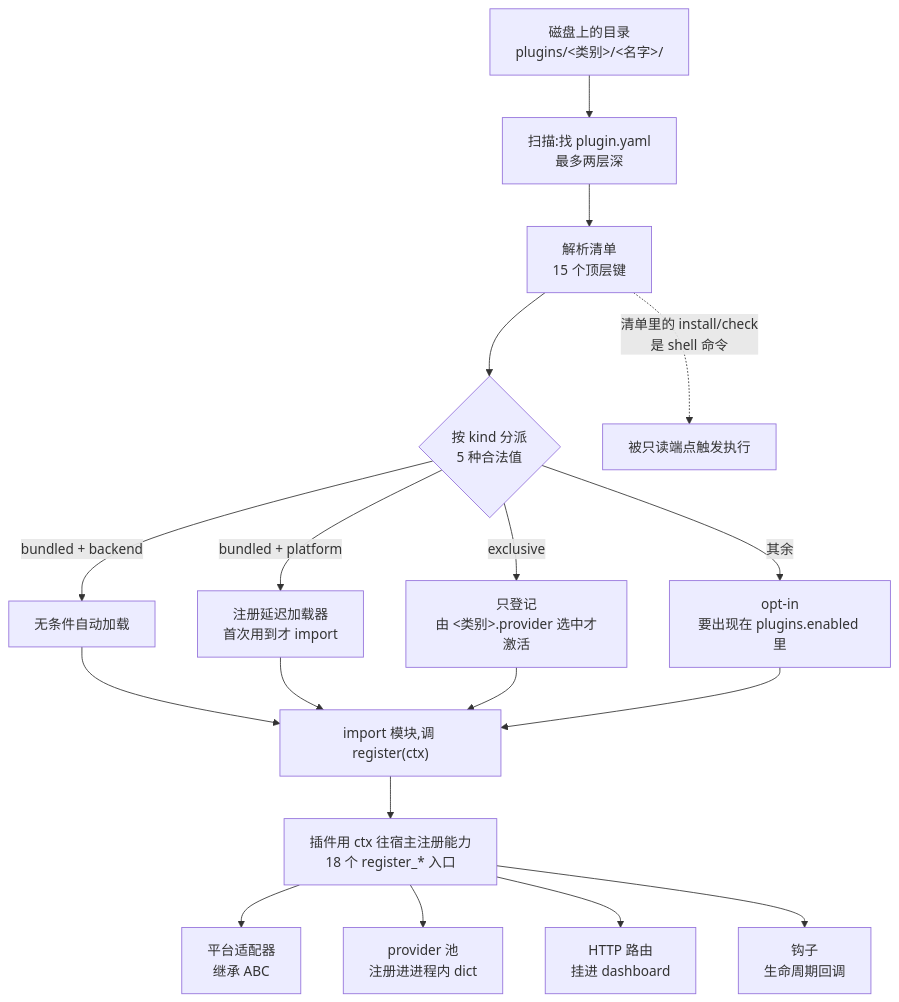
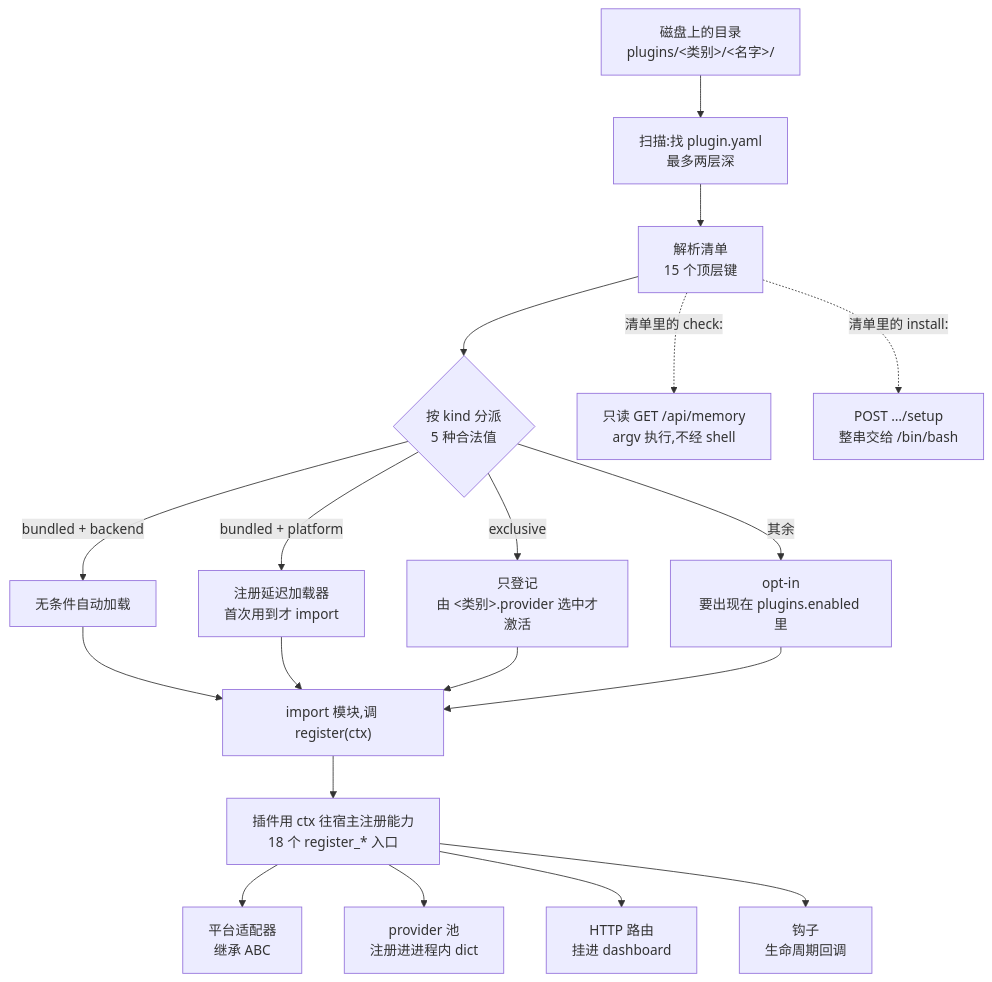
One commit to BillBeam/hermes-study changed the diagram in chapters/r11f-plugin-surface.md. Above: the diagram before and after it, drawn with Mermaid. The commit also changed other lines of this file and 15 other files, not shown here.

````diff
--- a/chapters/r11f-plugin-surface.md
+++ b/chapters/r11f-plugin-surface.md
@@ -85,20 +86,21 @@
 ```mermaid
 flowchart TD
     A["磁盘上的目录<br/>plugins/&lt;类别&gt;/&lt;名字&gt;/"] --> B["扫描:找 plugin.yaml<br/>最多两层深"]
     B --> C["解析清单<br/>15 个顶层键"]
     C --> D{"按 kind 分派<br/>5 种合法值"}
     D -->|bundled + backend| E["无条件自动加载"]
     D -->|bundled + platform| F["注册延迟加载器<br/>首次用到才 import"]
     D -->|exclusive| G["只登记<br/>由 &lt;类别&gt;.provider 选中才激活"]
     D -->|其余| H["opt-in<br/>要出现在 plugins.enabled 里"]
     E --> I["import 模块,调 register(ctx)"]
     F --> I
     G --> I
     H --> I
     I --> J["插件用 ctx 往宿主注册能力<br/>18 个 register_* 入口"]
     J --> K1["平台适配器<br/>继承 ABC"]
     J --> K2["provider 池<br/>注册进进程内 dict"]
     J --> K3["HTTP 路由<br/>挂进 dashboard"]
     J --> K4["钩子<br/>生命周期回调"]
-    C -.->|"清单里的 install/check<br/>是 shell 命令"| X["被只读端点触发执行"]
+    C -.->|"清单里的 check:"| X1["只读 GET /api/memory<br/>argv 执行,不经 shell"]
+    C -.->|"清单里的 install:"| X2["POST …/setup<br/>整串交给 /bin/bash"]
 ```
````
